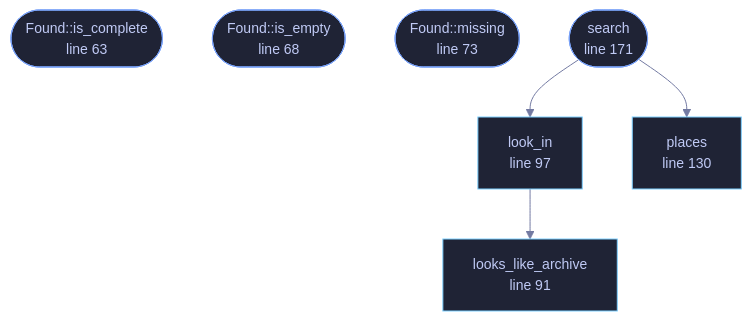
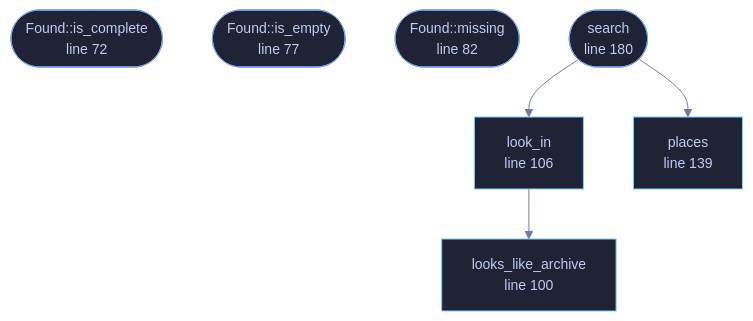
One commit to tilas01/veilvoice changed the diagram in wiki/File-veilvoice-verify-discover.md. Above: the diagram before and after it, drawn with Mermaid. The commit also changed other lines of this file and 487 other files, not shown here.

````diff
--- a/wiki/File-veilvoice-verify-discover.md
+++ b/wiki/File-veilvoice-verify-discover.md
@@ -79,25 +89,25 @@
 ```mermaid
 %%{init: {"theme":"base","themeVariables":{"background":"#1a1b26","primaryColor":"#1f2335","primaryTextColor":"#c0caf5","primaryBorderColor":"#7aa2f7","secondaryColor":"#16161e","tertiaryColor":"#16161e","lineColor":"#737aa2","textColor":"#c0caf5","mainBkg":"#1f2335","nodeBorder":"#7aa2f7","clusterBkg":"#16161e","clusterBorder":"#2f3549","fontFamily":"ui-monospace, SFMono-Regular, Consolas, monospace","fontSize":"14px"}}}%%
 flowchart TD
-    n_is_complete(["Found::is_complete<br/>line 63"])
-    n_is_empty(["Found::is_empty<br/>line 68"])
-    n_missing(["Found::missing<br/>line 73"])
-    n_looks_like_archive["looks_like_archive<br/>line 91"]
-    n_look_in["look_in<br/>line 97"]
-    n_places["places<br/>line 130"]
-    n_search(["search<br/>line 171"])
+    n_is_complete(["Found::is_complete<br/>line 72"])
+    n_is_empty(["Found::is_empty<br/>line 77"])
+    n_missing(["Found::missing<br/>line 82"])
+    n_looks_like_archive["looks_like_archive<br/>line 100"]
+    n_look_in["look_in<br/>line 106"]
+    n_places["places<br/>line 139"]
+    n_search(["search<br/>line 180"])
     n_look_in --> n_looks_like_archive
     n_search --> n_look_in
     n_search --> n_places
-    click n_is_complete href "https://github.com/tilas01/veilvoice/blob/main/crates/veilvoice-verify/src/discover.rs#L63" "open the source"
-    click n_is_empty href "https://github.com/tilas01/veilvoice/blob/main/crates/veilvoice-verify/src/discover.rs#L68" "open the source"
-    click n_missing href "https://github.com/tilas01/veilvoice/blob/main/crates/veilvoice-verify/src/discover.rs#L73" "open the source"
-    click n_looks_like_archive href "https://github.com/tilas01/veilvoice/blob/main/crates/veilvoice-verify/src/discover.rs#L91" "open the source"
-    click n_look_in href "https://github.com/tilas01/veilvoice/blob/main/crates/veilvoice-verify/src/discover.rs#L97" "open the source"
-    click n_places href "https://github.com/tilas01/veilvoice/blob/main/crates/veilvoice-verify/src/discover.rs#L130" "open the source"
-    click n_search href "https://github.com/tilas01/veilvoice/blob/main/crates/veilvoice-verify/src/discover.rs#L171" "open the source"
+    click n_is_complete href "https://github.com/tilas01/veilvoice/blob/main/crates/veilvoice-verify/src/discover.rs#L72" "open the source"
+    click n_is_empty href "https://github.com/tilas01/veilvoice/blob/main/crates/veilvoice-verify/src/discover.rs#L77" "open the source"
+    click n_missing href "https://github.com/tilas01/veilvoice/blob/main/crates/veilvoice-verify/src/discover.rs#L82" "open the source"
+    click n_looks_like_archive href "https://github.com/tilas01/veilvoice/blob/main/crates/veilvoice-verify/src/discover.rs#L100" "open the source"
+    click n_look_in href "https://github.com/tilas01/veilvoice/blob/main/crates/veilvoice-verify/src/discover.rs#L106" "open the source"
+    click n_places href "https://github.com/tilas01/veilvoice/blob/main/crates/veilvoice-verify/src/discover.rs#L139" "open the source"
+    click n_search href "https://github.com/tilas01/veilvoice/blob/main/crates/veilvoice-verify/src/discover.rs#L180" "open the source"
     classDef entry fill:#1f2335,stroke:#7aa2f7,color:#c0caf5
     class n_is_complete,n_is_empty,n_missing,n_search entry
     classDef api fill:#1f2335,stroke:#7dcfff,color:#c0caf5
     class n_looks_like_archive,n_look_in,n_places api
 ```
````
